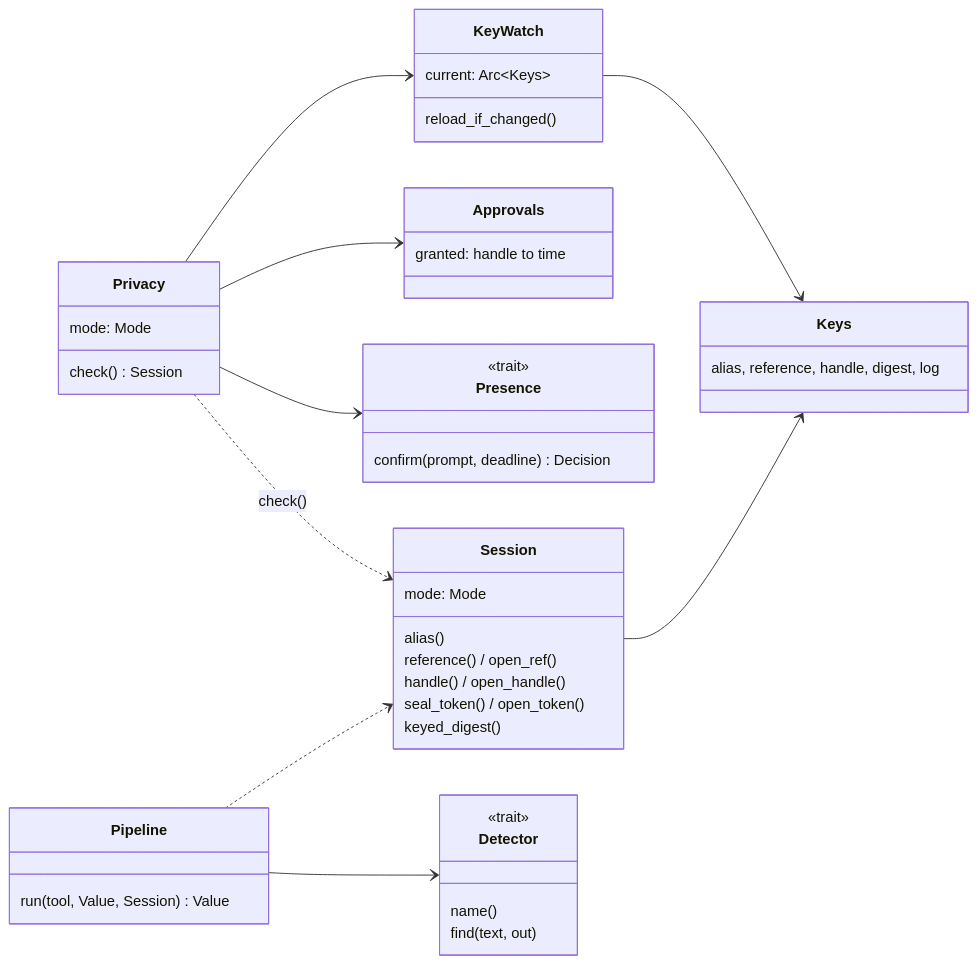
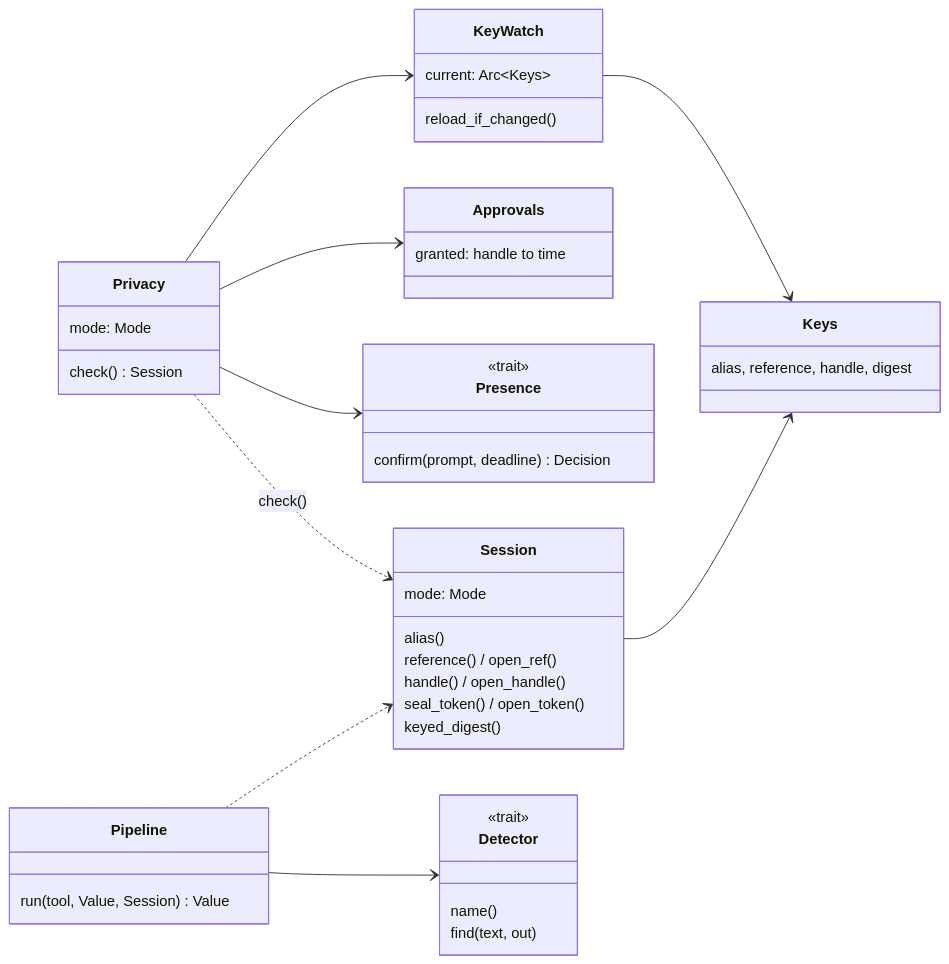
One commit to matt-w-horn/protonctl changed the second of 11 diagrams in docs/rfc-0001/lld-privacy-layer.md. Above: the diagram before and after it, drawn with Mermaid. The commit also changed other lines of this file and 60 other files, not shown here.

````diff
--- a/docs/rfc-0001/lld-privacy-layer.md
+++ b/docs/rfc-0001/lld-privacy-layer.md
@@ -250,46 +250,46 @@
 ```mermaid
 classDiagram
     direction LR
     class Privacy {
         mode: Mode
         check() Session
     }
     class Session {
         mode: Mode
         alias()
         reference() / open_ref()
         handle() / open_handle()
         seal_token() / open_token()
         keyed_digest()
     }
     class KeyWatch {
         current: Arc~Keys~
         reload_if_changed()
     }
     class Keys {
-        alias, reference, handle, digest, log
+        alias, reference, handle, digest
     }
     class Pipeline {
         run(tool, Value, Session) Value
     }
     class Detector {
         <<trait>>
         name()
         find(text, out)
     }
     class Presence {
         <<trait>>
         confirm(prompt, deadline) Decision
     }
     class Approvals {
         granted: handle to time
     }
     Privacy --> KeyWatch
     Privacy --> Approvals
     Privacy --> Presence
     Privacy ..> Session : check()
     KeyWatch --> Keys
     Session --> Keys
     Pipeline ..> Session
     Pipeline --> Detector
 ```
````
